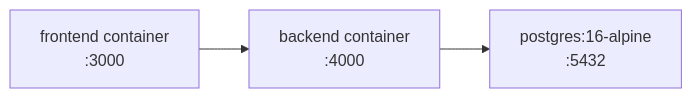
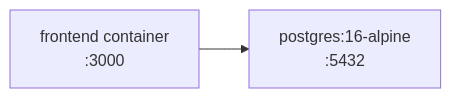
The fifth of 5 diagrams in README.md (rushikesh-kanbargi/FluxDesk), drawn with Mermaid before and after one commit. The commit also changed other lines of this file and 89 other files, not shown here.

````diff
--- a/README.md
+++ b/README.md
@@ -541,5 +512,4 @@
 ```mermaid
 flowchart LR
-    F[frontend container<br/>:3000] --> B[backend container<br/>:4000]
-    B --> P[postgres:16-alpine<br/>:5432]
+    F[frontend container<br/>:3000] --> P[postgres:16-alpine<br/>:5432]
 ```
````
